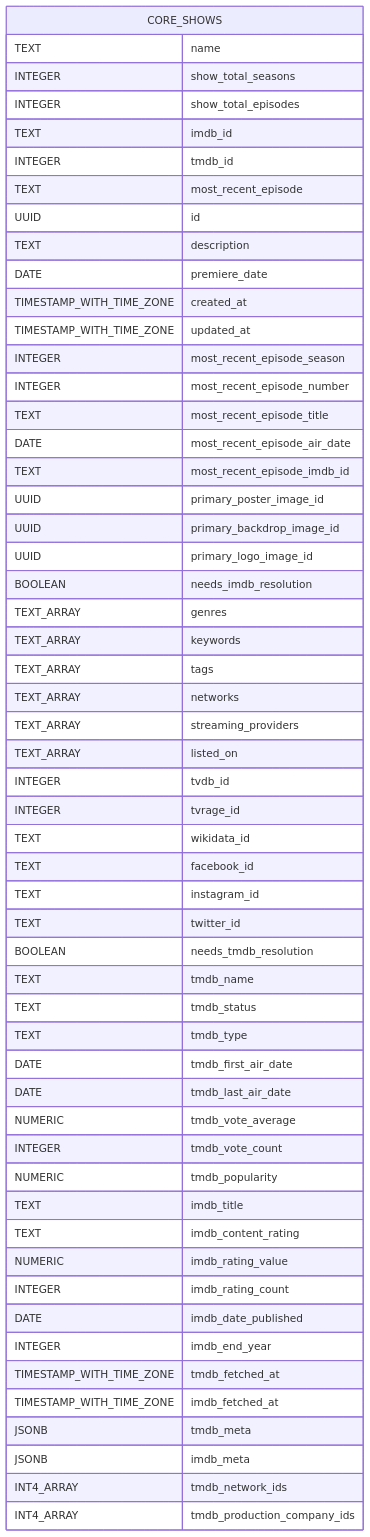
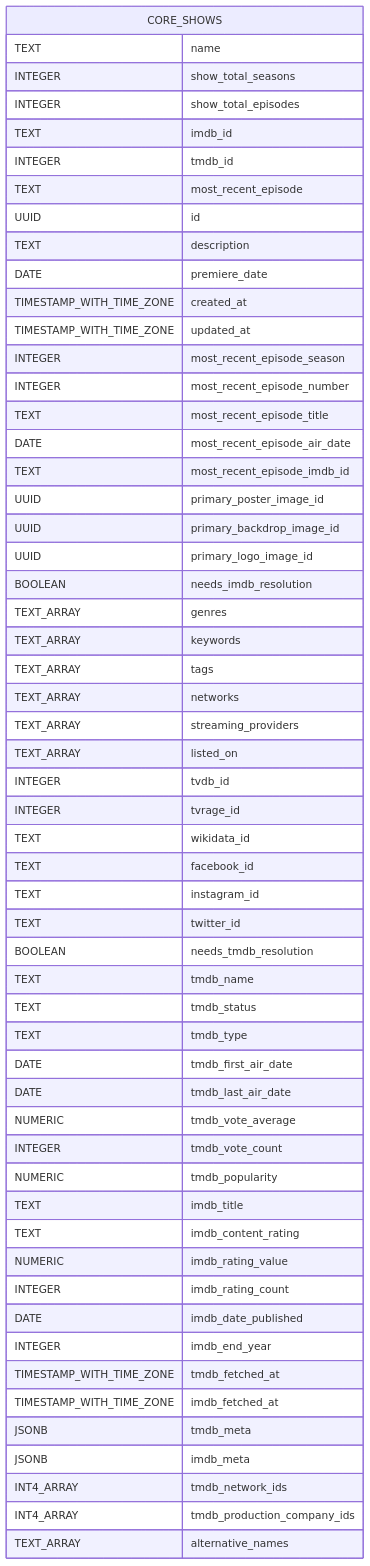
Before and after one commit to therealityreport/trr-backend: the diagram in supabase/schema_docs/diagrams/core.shows.mermaid.md, drawn with Mermaid. The commit also changed 31 other files, not shown here.

````diff
--- a/supabase/schema_docs/diagrams/core.shows.mermaid.md
+++ b/supabase/schema_docs/diagrams/core.shows.mermaid.md
@@ -4,58 +4,59 @@
 ```mermaid
 erDiagram
     CORE_SHOWS {
         TEXT name
         INTEGER show_total_seasons
         INTEGER show_total_episodes
         TEXT imdb_id
         INTEGER tmdb_id
         TEXT most_recent_episode
         UUID id
         TEXT description
         DATE premiere_date
         TIMESTAMP_WITH_TIME_ZONE created_at
         TIMESTAMP_WITH_TIME_ZONE updated_at
         INTEGER most_recent_episode_season
         INTEGER most_recent_episode_number
         TEXT most_recent_episode_title
         DATE most_recent_episode_air_date
         TEXT most_recent_episode_imdb_id
         UUID primary_poster_image_id
         UUID primary_backdrop_image_id
         UUID primary_logo_image_id
         BOOLEAN needs_imdb_resolution
         TEXT_ARRAY genres
         TEXT_ARRAY keywords
         TEXT_ARRAY tags
         TEXT_ARRAY networks
         TEXT_ARRAY streaming_providers
         TEXT_ARRAY listed_on
         INTEGER tvdb_id
         INTEGER tvrage_id
         TEXT wikidata_id
         TEXT facebook_id
         TEXT instagram_id
         TEXT twitter_id
         BOOLEAN needs_tmdb_resolution
         TEXT tmdb_name
         TEXT tmdb_status
         TEXT tmdb_type
         DATE tmdb_first_air_date
         DATE tmdb_last_air_date
         NUMERIC tmdb_vote_average
         INTEGER tmdb_vote_count
         NUMERIC tmdb_popularity
         TEXT imdb_title
         TEXT imdb_content_rating
         NUMERIC imdb_rating_value
         INTEGER imdb_rating_count
         DATE imdb_date_published
         INTEGER imdb_end_year
         TIMESTAMP_WITH_TIME_ZONE tmdb_fetched_at
         TIMESTAMP_WITH_TIME_ZONE imdb_fetched_at
         JSONB tmdb_meta
         JSONB imdb_meta
         INT4_ARRAY tmdb_network_ids
         INT4_ARRAY tmdb_production_company_ids
+        TEXT_ARRAY alternative_names
     }
 ```
````
